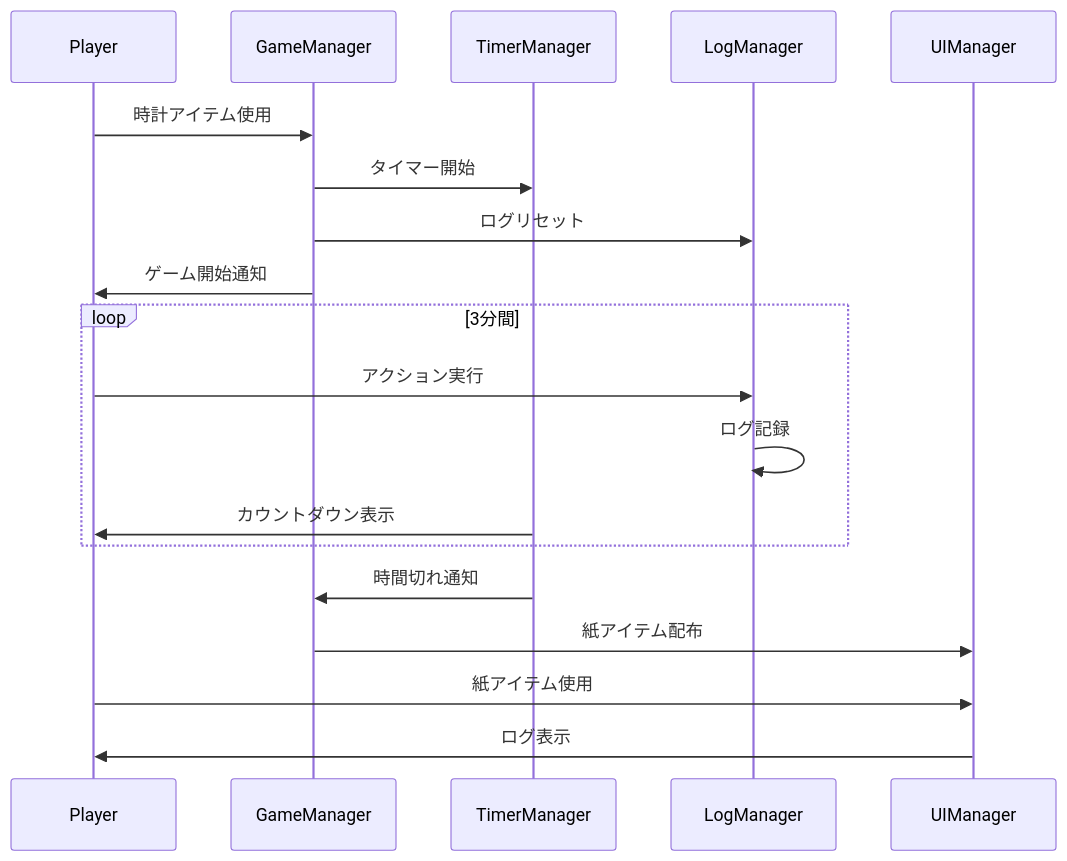
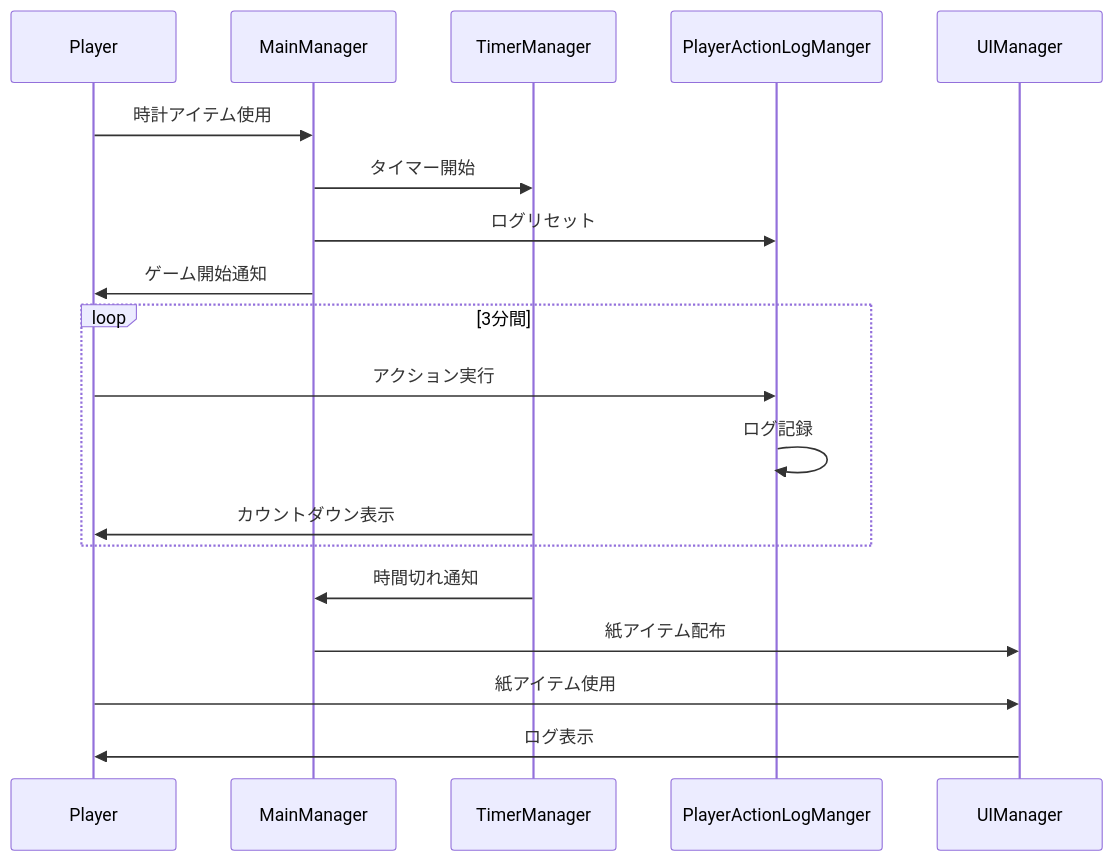
One commit to terao-ryohei/MC-Action-Logger changed the second of 2 diagrams in plans/2025-04-13-minecraft-addon.md. Above: the diagram before and after it, drawn with Mermaid. The commit also changed other lines of this file and 30 other files, not shown here.

````diff
--- a/plans/2025-04-13-minecraft-addon.md
+++ b/plans/2025-04-13-minecraft-addon.md
@@ -90,24 +90,24 @@
 ```mermaid
 sequenceDiagram
     participant Player
-    participant GameManager
+    participant MainManager
     participant TimerManager
-    participant LogManager
+    participant PlayerActionLogManger
     participant UIManager
 
-    Player->>GameManager: 時計アイテム使用
-    GameManager->>TimerManager: タイマー開始
-    GameManager->>LogManager: ログリセット
-    GameManager->>Player: ゲーム開始通知
+    Player->>MainManager: 時計アイテム使用
+    MainManager->>TimerManager: タイマー開始
+    MainManager->>PlayerActionLogManger: ログリセット
+    MainManager->>Player: ゲーム開始通知
 
     loop 3分間
-        Player->>LogManager: アクション実行
-        LogManager->>LogManager: ログ記録
+        Player->>PlayerActionLogManger: アクション実行
+        PlayerActionLogManger->>PlayerActionLogManger: ログ記録
         TimerManager->>Player: カウントダウン表示
     end
 
-    TimerManager->>GameManager: 時間切れ通知
-    GameManager->>UIManager: 紙アイテム配布
+    TimerManager->>MainManager: 時間切れ通知
+    MainManager->>UIManager: 紙アイテム配布
     Player->>UIManager: 紙アイテム使用
     UIManager->>Player: ログ表示
 ```
````
